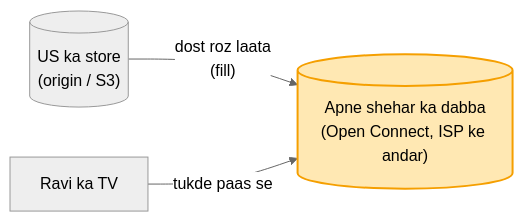
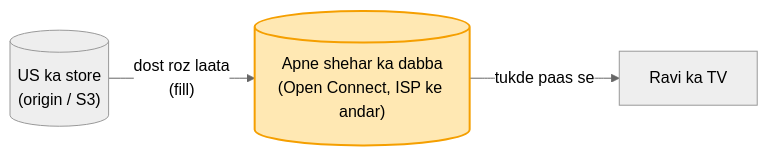
One commit to ArpanMaheshwari144/Prep changed the first of 7 diagrams in 04_HLD/SYSTEM_DESIGNS/18_netflix/18_netflix.md. Above: the diagram before and after it, drawn with Mermaid (neutral theme). The commit also changed other lines of this file and 6 other files, not shown here.

Commit message:
HLD audit: Kafka kadam 6 me #501 maan lo, Netflix teer tukde ki disha me, 8 naye diagram (URL 6/11, RL 3, notif 4/6, leaderboard 4, ecom 3/5)

````diff
--- a/04_HLD/SYSTEM_DESIGNS/18_netflix/18_netflix.md
+++ b/04_HLD/SYSTEM_DESIGNS/18_netflix/18_netflix.md
@@ -41,6 +41,6 @@
 ```mermaid
 flowchart LR
     S[("US ka store<br/>(origin / S3)")] -- "dost roz laata<br/>(fill)" --> B[("Apne shehar ka dabba<br/>(Open Connect, ISP ke andar)")]
-    R["Ravi ka TV"] -- "tukde paas se" --> B
+    B -- "tukde paas se" --> R["Ravi ka TV"]
     style B fill:#ffe8b3,stroke:#f59f00,stroke-width:2px,color:#000
 ```
````
